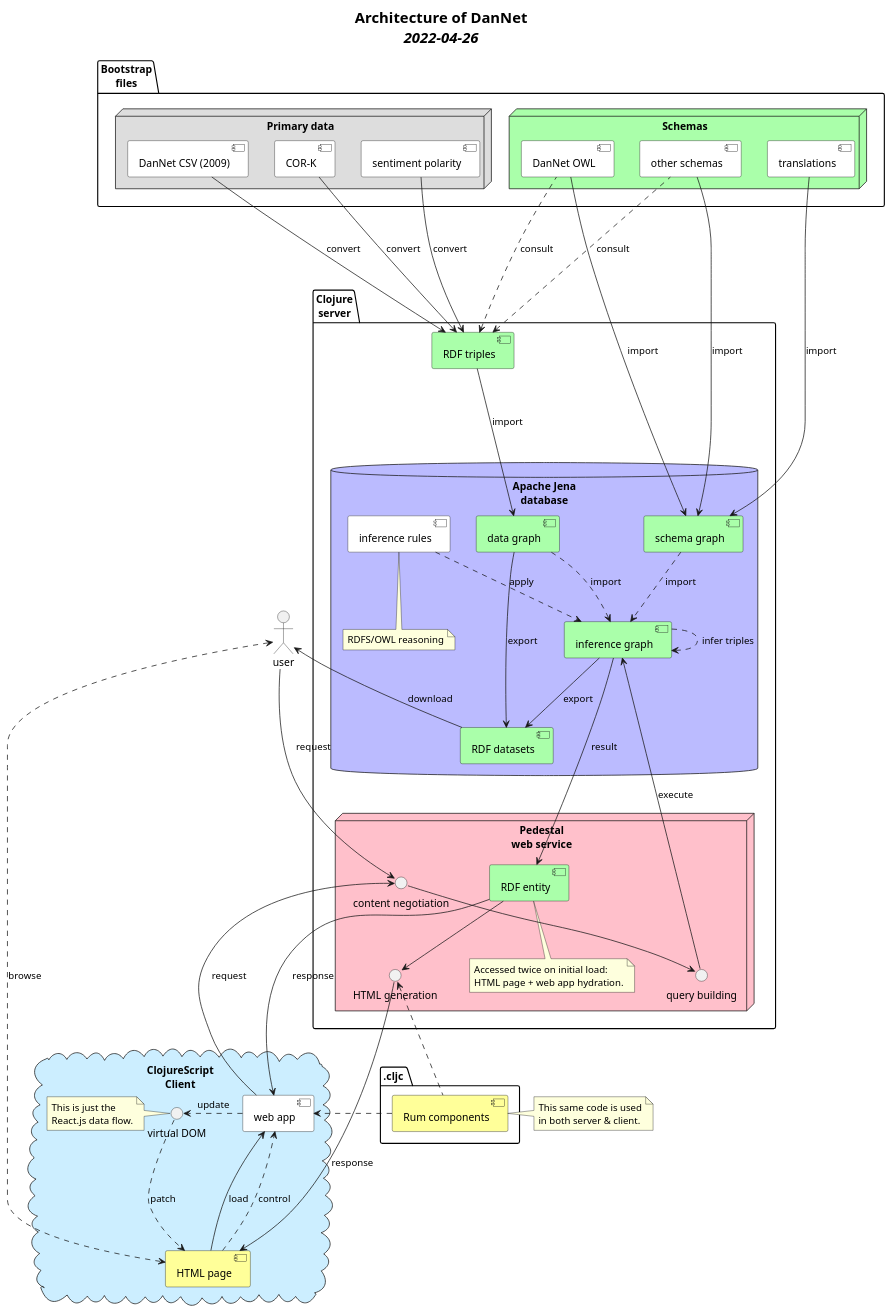
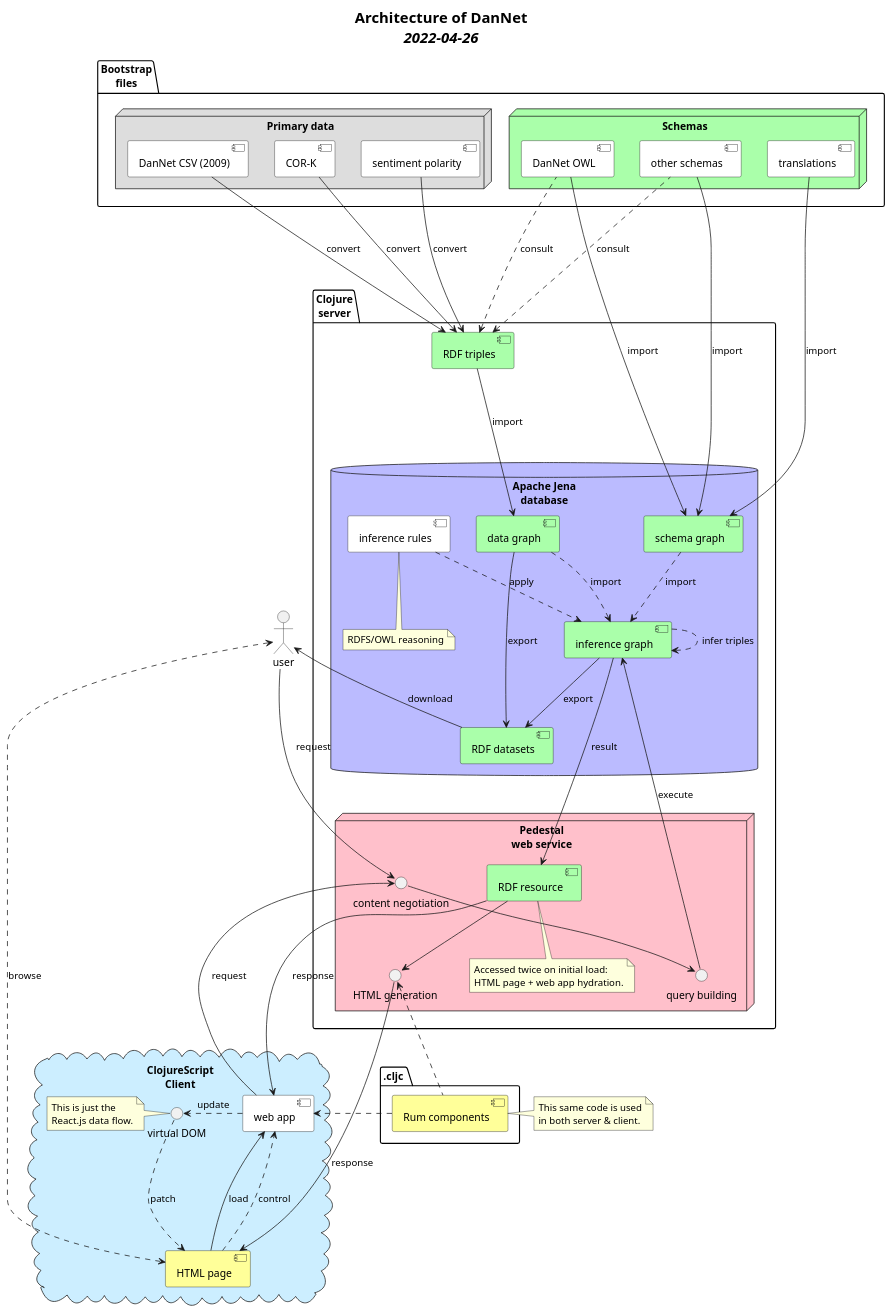
The diagram in doc/architecture.puml (kuhumcst/DanNet), drawn with PlantUML before and after one commit. The commit also changed 1 other file, not shown here.

Commit message:
renamed entity -> resource

```diff
--- a/doc/architecture.puml
+++ b/doc/architecture.puml
@@ -1,112 +1,112 @@
 @startuml
 'https://plantuml.com/component-diagram
 
 skinparam titleFontsize 20
 title Architecture of DanNet\n<i>2022-04-26</i>
 
 folder "Bootstrap\nfiles" {
     node "Primary data" #DDD {
         [DanNet CSV (2009)] #fff
         [COR-K] #fff
         [sentiment polarity] #fff
     }
     node "Schemas" #AAffAA {
         [DanNet OWL] #fff
         [translations] #fff
         [other schemas] #fff
     }
 }
 
 folder ".cljc " {
     [Rum components] #FFFF99
 }
 
 note right of [Rum components]
   This same code is used
   in both server & client.
 end note
 
 cloud "ClojureScript\nClient" {
     [HTML page] #FFFF99
 
 }
 
 folder "Clojure\nserver" {
     [RDF triples] #AAffAA
 
     [RDF triples] <.. [DanNet OWL] :consult
     [RDF triples] <.. [other schemas] :consult
 
     [COR-K] ---> [RDF triples] :convert
     [DanNet CSV (2009)] ---> [RDF triples] :convert
     [sentiment polarity] ---> [RDF triples] :convert
 
     database "Apache Jena\ndatabase" #BBBBff {
         [data graph] #AAffAA
         [schema graph] #AAffAA
         [inference graph] #AAffAA
         [inference rules] #fff
         [RDF datasets] #AAffAA
 
         note bottom of [inference rules]
           RDFS/OWL reasoning
         end note
 
         [RDF triples] ---> [data graph] :import
         [DanNet OWL] ---> [schema graph] :import
         [translations] ---> [schema graph] :import
         [other schemas] ---> [schema graph] :import
         [inference rules] ..> [inference graph] :apply
         [inference graph] ..> [inference graph] :infer triples
         [data graph] ..> [inference graph] :import
         [schema graph]..> [inference graph] :import
     }
 
     node "Pedestal\nweb service" #pink {
-        [RDF entity] #AAffAA
+        [RDF resource] #AAffAA
         interface "HTML generation" as htmlgen
         interface "content negotiation" as conneg
         interface "query building" as q
 
-        note bottom of [RDF entity]
+        note bottom of [RDF resource]
           Accessed twice on initial load:
           HTML page + web app hydration.
         end note
 
         [data graph] --> [RDF datasets] :export
         [inference graph] --> [RDF datasets] :export
 
         conneg --> q
         q --> [inference graph] :execute
-        [inference graph] ---> [RDF entity] :result
+        [inference graph] ---> [RDF resource] :result
         htmlgen <.. [Rum components]
-        [RDF entity] --> htmlgen
+        [RDF resource] --> htmlgen
         htmlgen ---> [HTML page] :response
     }
 }
 
 cloud "ClojureScript\nClient" #CCEEFF {
     [web app] #fff
     interface "virtual DOM" as VDOM
 
     [HTML page] ---> [web app] :load
     [HTML page] ...> [web app] :control
     [web app] ----> conneg :request
-    [RDF entity] ----> [web app] :response
+    [RDF resource] ----> [web app] :response
     [Rum components] .> [web app]
     [web app] .> VDOM :update
     VDOM ...> [HTML page] :patch
 
     note left of VDOM
      This is just the
      React.js data flow.
     end note
 
 }
 
 "user" as user
 user <..> [HTML page] :browse
 user <-- [RDF datasets] :download
 user ---> conneg :request
 
 @enduml
```
